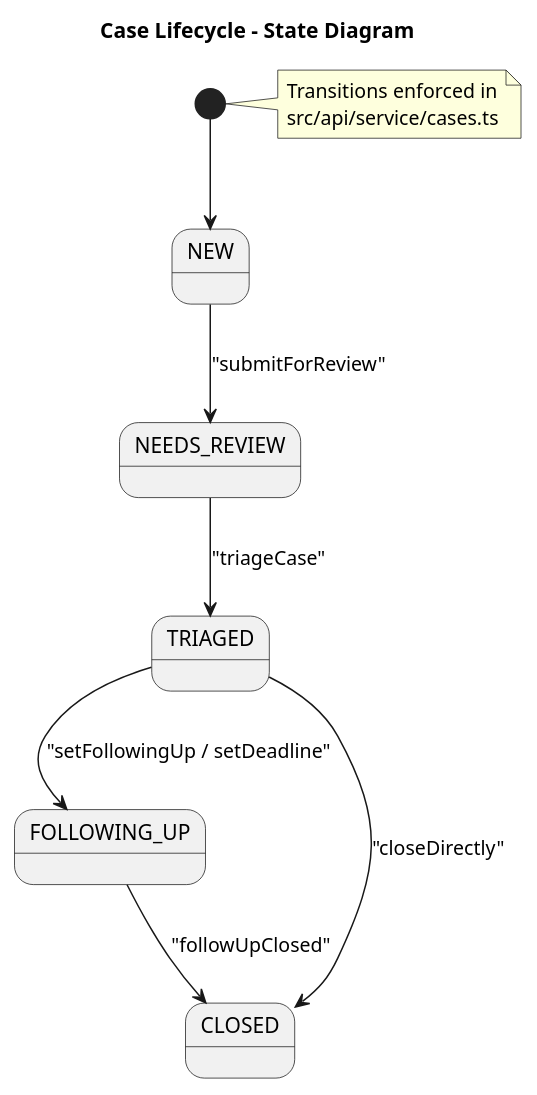
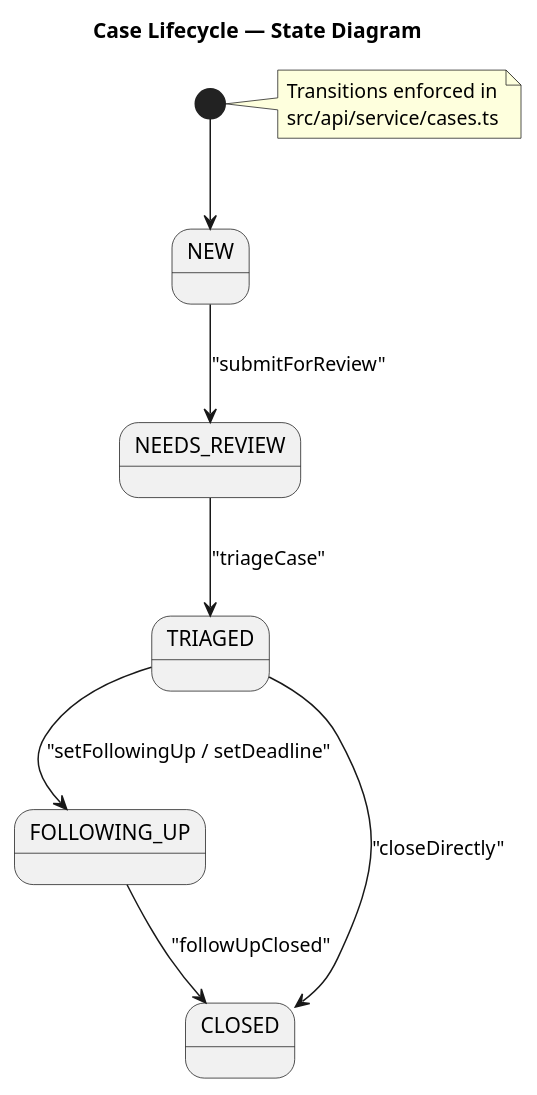
The diagram in docs/diagrams/case-lifecycle.puml (gforge/DUK), drawn with PlantUML before and after one commit. The commit also changed 38 other files, not shown here.

```diff
--- a/docs/diagrams/case-lifecycle.puml
+++ b/docs/diagrams/case-lifecycle.puml
@@ -1,22 +1,22 @@
 @startuml
-title Case Lifecycle - State Diagram
+title Case Lifecycle — State Diagram
 
 state NEW
 state NEEDS_REVIEW
 state TRIAGED
 state FOLLOWING_UP
 state CLOSED
 
 [*] --> NEW
 NEW --> NEEDS_REVIEW : "submitForReview"
 NEEDS_REVIEW --> TRIAGED : "triageCase"
 TRIAGED --> FOLLOWING_UP : "setFollowingUp / setDeadline"
 TRIAGED --> CLOSED : "closeDirectly"
 FOLLOWING_UP --> CLOSED : "followUpClosed"
 
 note right
   Transitions enforced in
   src/api/service/cases.ts
 end note
 
 @enduml
```
